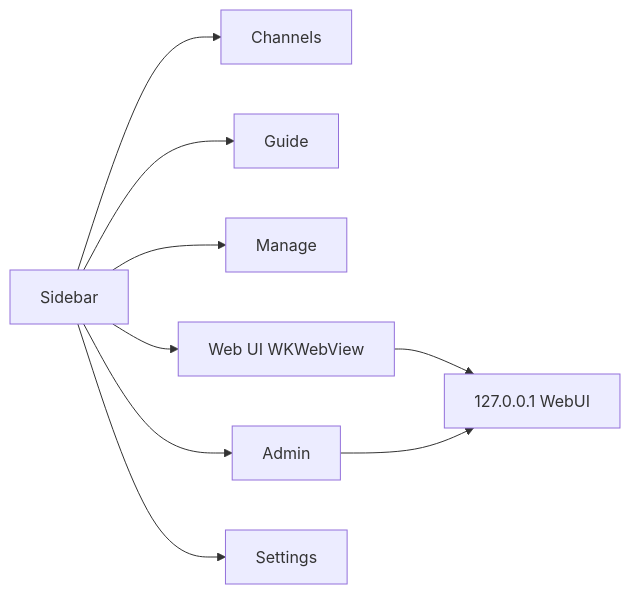
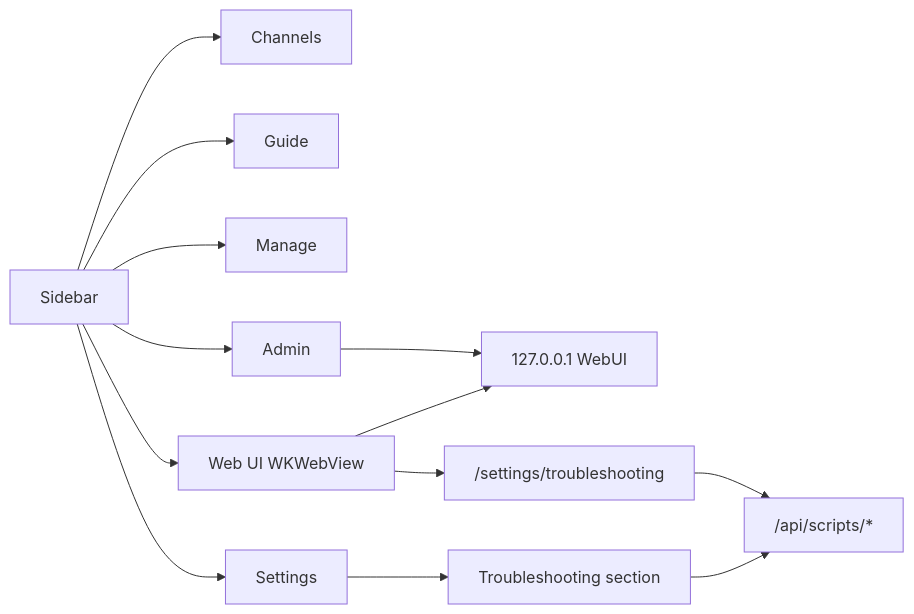
Before and after one commit to roto31/StreamTV: the diagram in docs/guides/MACOS_APP_WEBUI_SIDEBAR.md, drawn with Mermaid. The commit also changed other lines of this file and 18 other files, not shown here.

````diff
--- a/docs/guides/MACOS_APP_WEBUI_SIDEBAR.md
+++ b/docs/guides/MACOS_APP_WEBUI_SIDEBAR.md
@@ -5,11 +5,15 @@
 ```mermaid
 flowchart LR
   Sidebar --> Channels
   Sidebar --> Guide
   Sidebar --> Manage
   Sidebar --> Admin
   Sidebar --> WebUI["Web UI WKWebView"]
   Sidebar --> Settings
   WebUI --> Local["127.0.0.1 WebUI"]
   Admin --> Local
+  Settings --> TroubleNative["Troubleshooting section"]
+  TroubleNative --> ScriptsAPI["/api/scripts/*"]
+  WebUI --> TroublePage["/settings/troubleshooting"]
+  TroublePage --> ScriptsAPI
 ```
````
